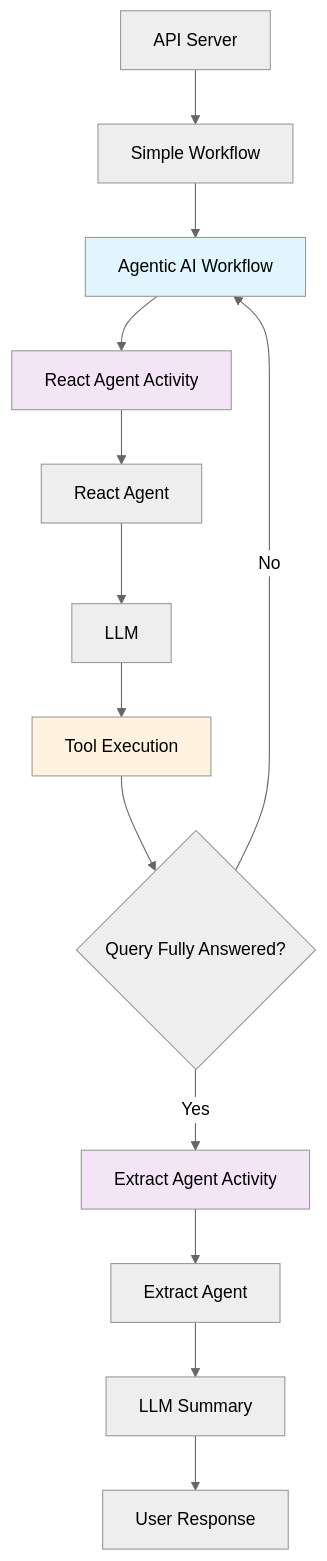
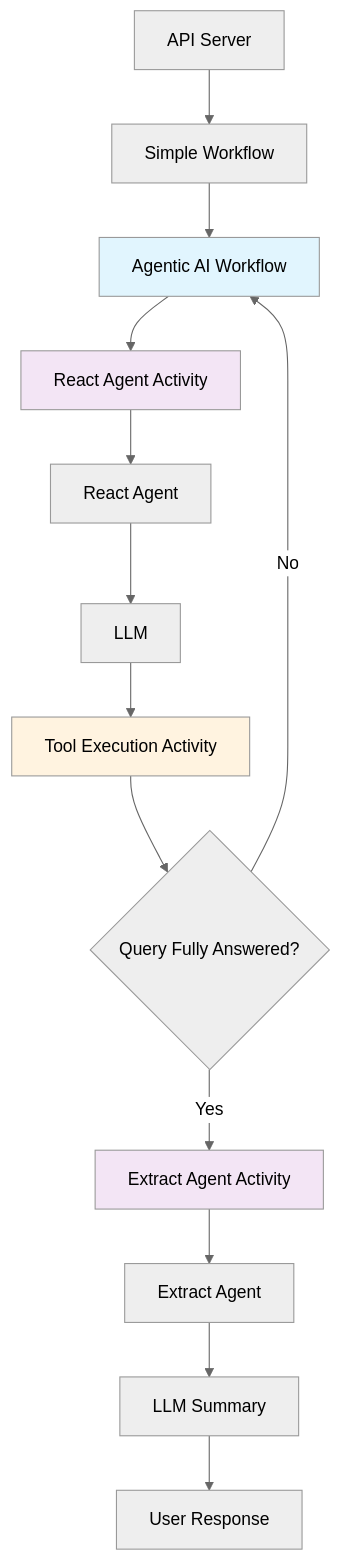
Before and after one commit to retroryan/durable-ai-agent: the diagram in README.md, drawn with Mermaid (neutral theme). The commit also changed other lines of this file, not shown here.

````diff
--- a/README.md
+++ b/README.md
@@ -94,20 +94,20 @@
 ```mermaid
 flowchart TD
     A[API Server] --> B[Simple Workflow]
     B --> C[Agentic AI Workflow]
     C --> D[React Agent Activity]
     D --> E[React Agent]
     E --> F[LLM]
-    F --> G[Tool Execution]
+    F --> G[Tool Execution Activity]
     G --> H{Query Fully Answered?}
     H -->|No| C
     H -->|Yes| I[Extract Agent Activity]
     I --> J[Extract Agent]
     J --> K[LLM Summary]
     K --> L[User Response]
     
     style C fill:#e1f5fe
     style D fill:#f3e5f5
     style I fill:#f3e5f5
     style G fill:#fff3e0
 ```
````
